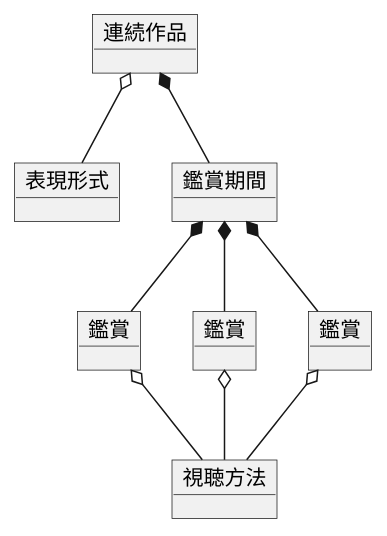
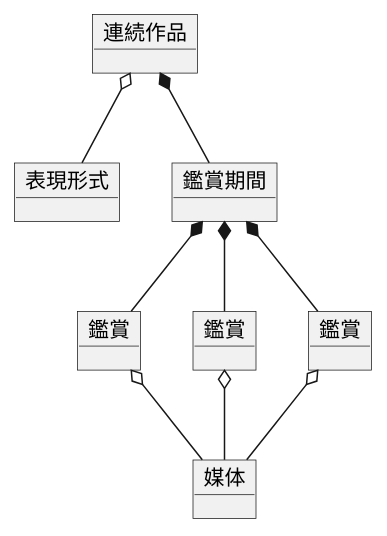
Diagram 12 of 14 in doc/source/entity/index.rst (solidcopy/pridia), drawn with PlantUML before and after one commit. The commit also changed other lines of this file and 2 other files, not shown here.

Commit message:
#717 小説もあるので視聴方法を媒体に改称。

```diff
--- a/doc/source/entity/index.rst
+++ b/doc/source/entity/index.rst
@@ -325,18 +325,18 @@
 .. uml::
 
    object 連続作品
    object 表現形式
    object 鑑賞期間
    object "鑑賞" as 鑑賞1
    object "鑑賞" as 鑑賞2
    object "鑑賞" as 鑑賞3
-   object 視聴方法
+   object 媒体
 
    連続作品 o-- 表現形式
    連続作品 *-- 鑑賞期間
    鑑賞期間 *-- 鑑賞1
    鑑賞期間 *-- 鑑賞2
    鑑賞期間 *-- 鑑賞3
-   鑑賞1 o-- 視聴方法
-   鑑賞2 o-- 視聴方法
-   鑑賞3 o-- 視聴方法
+   鑑賞1 o-- 媒体
+   鑑賞2 o-- 媒体
+   鑑賞3 o-- 媒体
```
